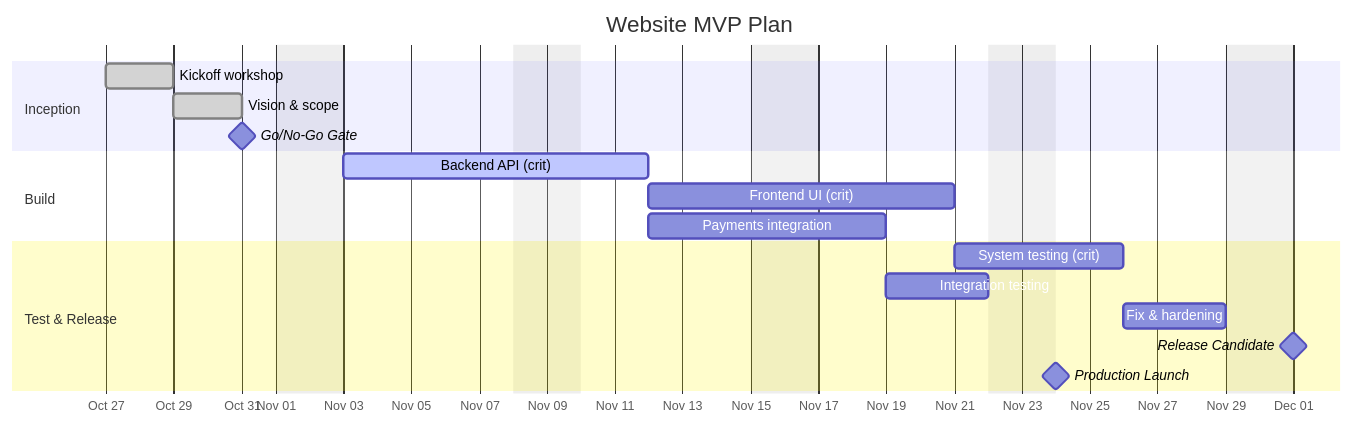
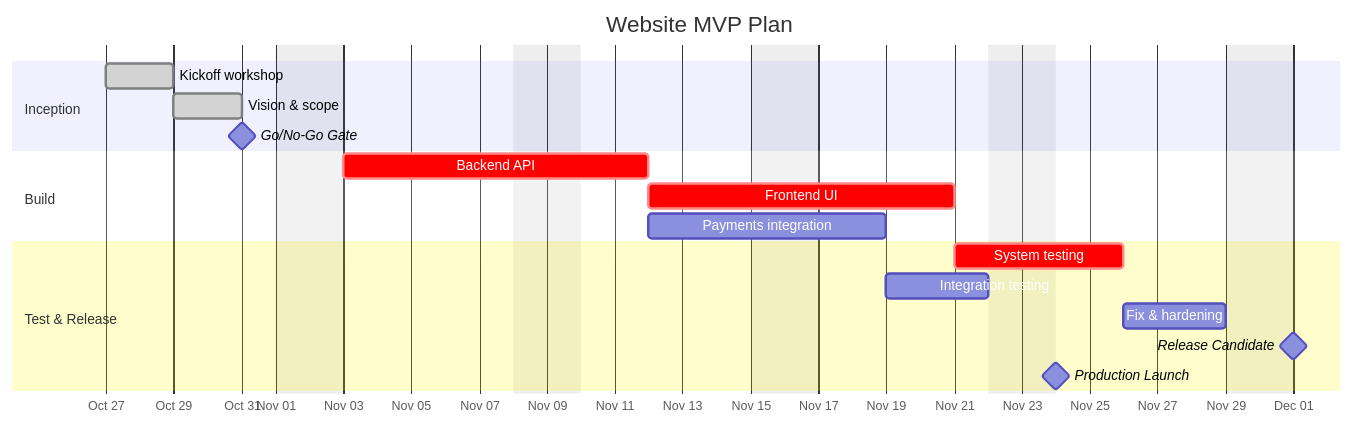
The first of 3 diagrams in content/plan/activities.md (msdbok/msdbok.github.io), drawn with Mermaid before and after one commit. The commit also changed other lines of this file, not shown here.

````diff
--- a/content/plan/activities.md
+++ b/content/plan/activities.md
@@ -123,25 +123,25 @@
 ```mermaid
 
 gantt
     title Website MVP Plan
     dateFormat  YYYY-MM-DD
     axisFormat  %b %d
     excludes    weekends
 
     section Inception
     Kickoff workshop       :done, a1, 2025-10-27, 2d
     Vision & scope         :done,a2, after a1, 2d
     Go/No-Go Gate          :milestone, m1, after a2, 0d
 
     section Build
-    Backend API (crit)     :active, b1, 2025-11-03, 7d
-    Frontend UI (crit)     :b2, after b1, 7d
+    Backend API    :crit, b1, 2025-11-03, 7d
+    Frontend UI     :crit, b2, after b1, 7d
     Payments integration   :b3, after b1, 5d
 
     section Test & Release
-    System testing (crit)  :c1, after b2, 3d
+    System testing  :crit, c1, after b2, 3d
     Integration testing    :c2, after b3, 3d
     Fix & hardening        :c3, after c1, 3d
     Release Candidate      :milestone, m2, after c3, 0d
     Production Launch      :milestone, m3, after c2, 0d
 ```
````
